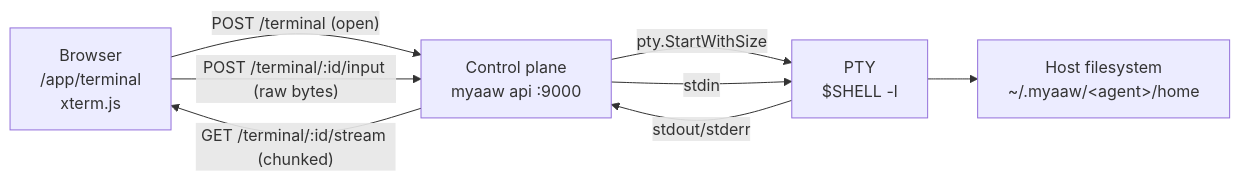
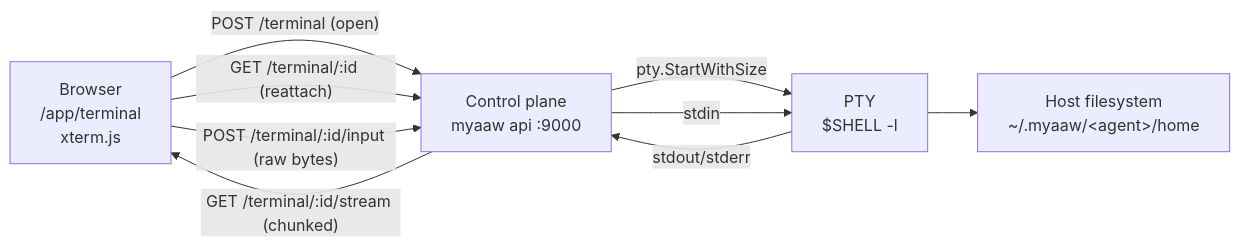
One commit to Shiyinq/myaaw changed the diagram in docs/api/terminal.md. Above: the diagram before and after it, drawn with Mermaid. The commit also changed other lines of this file and 15 other files, not shown here.

````diff
--- a/docs/api/terminal.md
+++ b/docs/api/terminal.md
@@ -24,15 +26,16 @@
 ```mermaid
 flowchart LR
     browser["Browser<br/>/app/terminal<br/>xterm.js"]
     cp["Control plane<br/>myaaw api :9000"]
     pty["PTY<br/>$SHELL -l"]
     fs["Host filesystem<br/>~/.myaaw/&lt;agent&gt;/home"]
 
     browser -- "POST /terminal (open)" --> cp
+    browser -- "GET /terminal/:id (reattach)" --> cp
     cp -- "pty.StartWithSize" --> pty
     pty -- "stdout/stderr" --> cp
     cp -- "GET /terminal/:id/stream (chunked)" --> browser
     browser -- "POST /terminal/:id/input (raw bytes)" --> cp
     cp -- "stdin" --> pty
     pty --> fs
 ```
````
